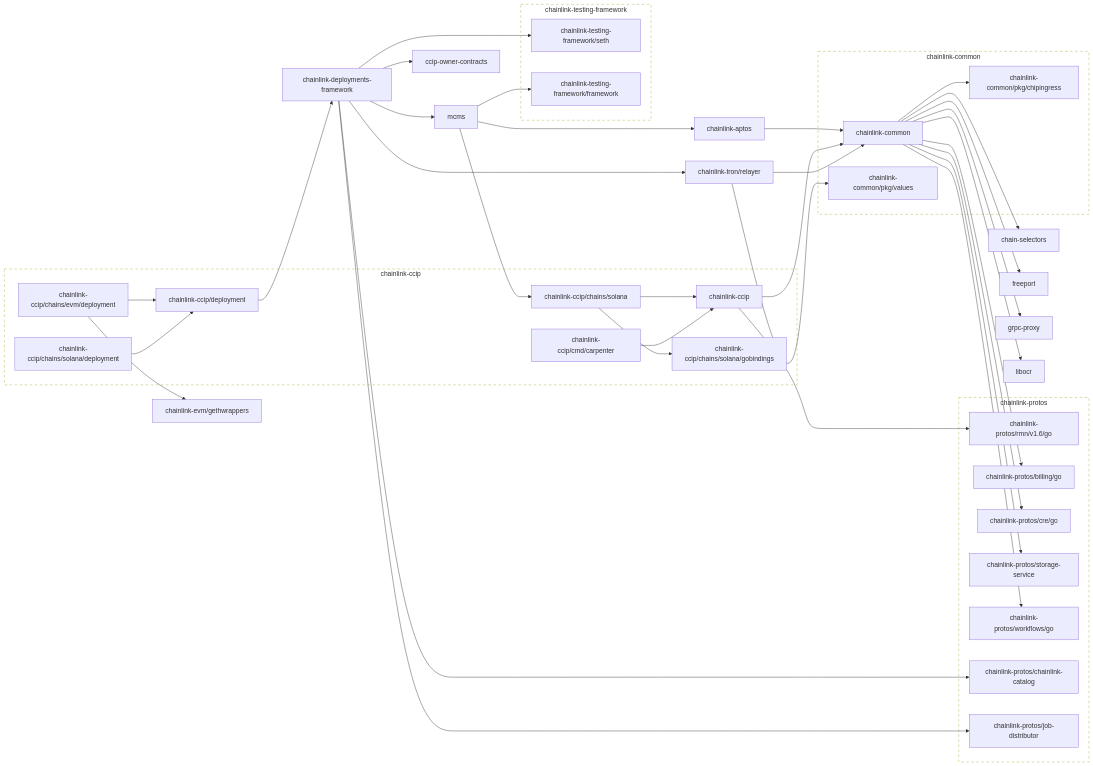
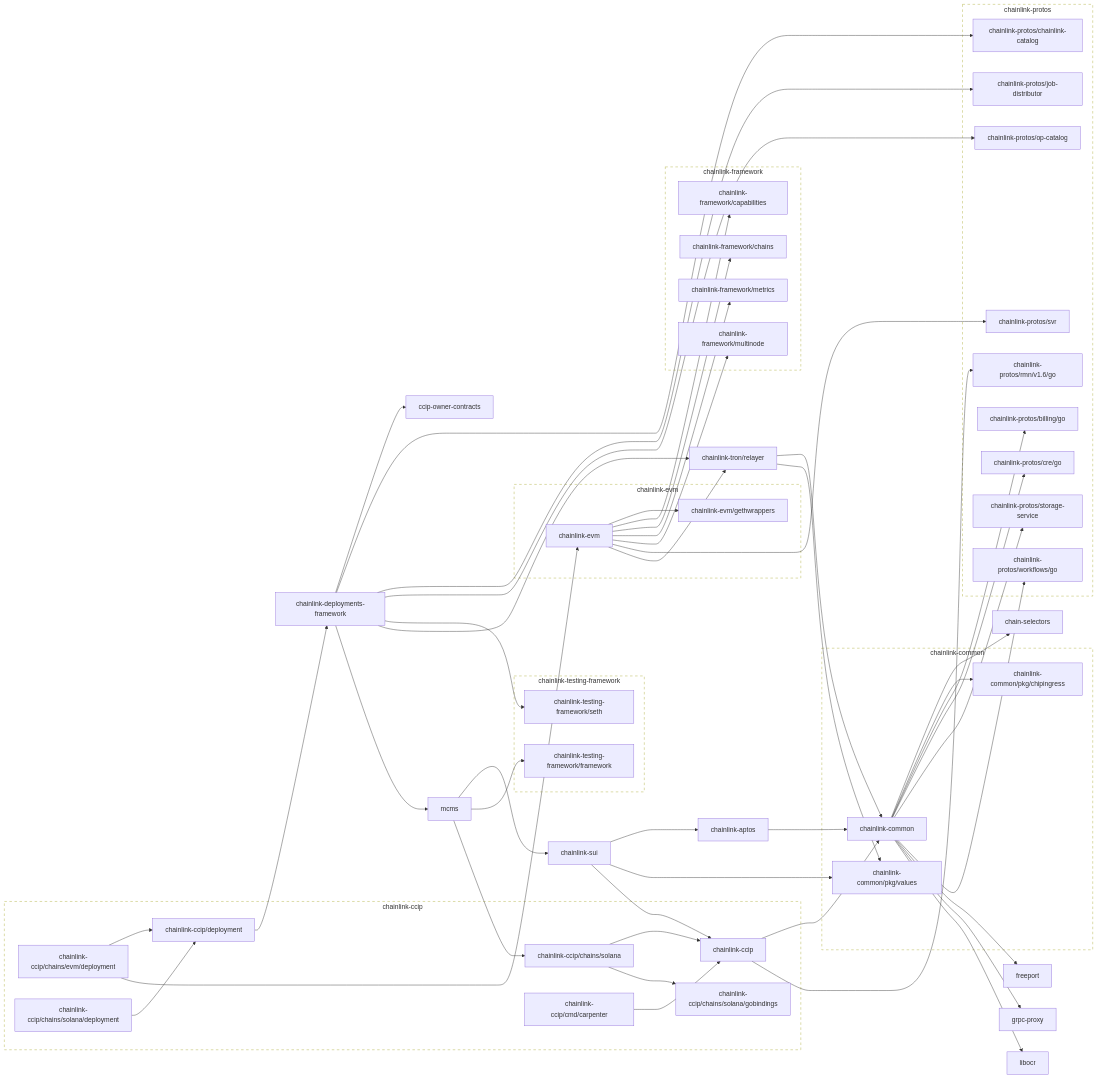
The second of 2 diagrams in go.md (smartcontractkit/chainlink-ccip), drawn with Mermaid before and after one commit. The commit also changed 1 other file, not shown here.

````diff
--- a/go.md
+++ b/go.md
@@ -69,7 +69,7 @@
 	chainlink-ccip --> chainlink-protos/rmn/v1.6/go
 	click chainlink-ccip href "https://github.com/smartcontractkit/chainlink-ccip"
 	chainlink-ccip/chains/evm/deployment --> chainlink-ccip/deployment
-	chainlink-ccip/chains/evm/deployment --> chainlink-evm/gethwrappers
+	chainlink-ccip/chains/evm/deployment --> chainlink-evm
 	click chainlink-ccip/chains/evm/deployment href "https://github.com/smartcontractkit/chainlink-ccip"
 	chainlink-ccip/chains/solana --> chainlink-ccip
 	chainlink-ccip/chains/solana --> chainlink-ccip/chains/solana/gobindings
@@ -99,12 +99,29 @@
 	chainlink-deployments-framework --> ccip-owner-contracts
 	chainlink-deployments-framework --> chainlink-protos/chainlink-catalog
 	chainlink-deployments-framework --> chainlink-protos/job-distributor
+	chainlink-deployments-framework --> chainlink-protos/op-catalog
 	chainlink-deployments-framework --> chainlink-testing-framework/seth
 	chainlink-deployments-framework --> chainlink-tron/relayer
 	chainlink-deployments-framework --> mcms
 	click chainlink-deployments-framework href "https://github.com/smartcontractkit/chainlink-deployments-framework"
+	chainlink-evm --> chainlink-evm/gethwrappers
+	chainlink-evm --> chainlink-framework/capabilities
+	chainlink-evm --> chainlink-framework/chains
+	chainlink-evm --> chainlink-framework/metrics
+	chainlink-evm --> chainlink-framework/multinode
+	chainlink-evm --> chainlink-protos/svr
+	chainlink-evm --> chainlink-tron/relayer
+	click chainlink-evm href "https://github.com/smartcontractkit/chainlink-evm"
 	chainlink-evm/gethwrappers
 	click chainlink-evm/gethwrappers href "https://github.com/smartcontractkit/chainlink-evm"
+	chainlink-framework/capabilities
+	click chainlink-framework/capabilities href "https://github.com/smartcontractkit/chainlink-framework"
+	chainlink-framework/chains
+	click chainlink-framework/chains href "https://github.com/smartcontractkit/chainlink-framework"
+	chainlink-framework/metrics
+	click chainlink-framework/metrics href "https://github.com/smartcontractkit/chainlink-framework"
+	chainlink-framework/multinode
+	click chainlink-framework/multinode href "https://github.com/smartcontractkit/chainlink-framework"
 	chainlink-protos/billing/go
 	click chainlink-protos/billing/go href "https://github.com/smartcontractkit/chainlink-protos"
 	chainlink-protos/chainlink-catalog
@@ -113,12 +130,20 @@
 	click chainlink-protos/cre/go href "https://github.com/smartcontractkit/chainlink-protos"
 	chainlink-protos/job-distributor
 	click chainlink-protos/job-distributor href "https://github.com/smartcontractkit/chainlink-protos"
+	chainlink-protos/op-catalog
+	click chainlink-protos/op-catalog href "https://github.com/smartcontractkit/chainlink-protos"
 	chainlink-protos/rmn/v1.6/go
 	click chainlink-protos/rmn/v1.6/go href "https://github.com/smartcontractkit/chainlink-protos"
 	chainlink-protos/storage-service
 	click chainlink-protos/storage-service href "https://github.com/smartcontractkit/chainlink-protos"
+	chainlink-protos/svr
+	click chainlink-protos/svr href "https://github.com/smartcontractkit/chainlink-protos"
 	chainlink-protos/workflows/go
 	click chainlink-protos/workflows/go href "https://github.com/smartcontractkit/chainlink-protos"
+	chainlink-sui --> chainlink-aptos
+	chainlink-sui --> chainlink-ccip
+	chainlink-sui --> chainlink-common/pkg/values
+	click chainlink-sui href "https://github.com/smartcontractkit/chainlink-sui"
 	chainlink-testing-framework/framework
 	click chainlink-testing-framework/framework href "https://github.com/smartcontractkit/chainlink-testing-framework"
 	chainlink-testing-framework/seth
@@ -132,8 +157,8 @@
 	click grpc-proxy href "https://github.com/smartcontractkit/grpc-proxy"
 	libocr
 	click libocr href "https://github.com/smartcontractkit/libocr"
-	mcms --> chainlink-aptos
 	mcms --> chainlink-ccip/chains/solana
+	mcms --> chainlink-sui
 	mcms --> chainlink-testing-framework/framework
 	click mcms href "https://github.com/smartcontractkit/mcms"
 
@@ -155,13 +180,29 @@
 	end
 	click chainlink-common-repo href "https://github.com/smartcontractkit/chainlink-common"
 
+	subgraph chainlink-evm-repo[chainlink-evm]
+		 chainlink-evm
+		 chainlink-evm/gethwrappers
+	end
+	click chainlink-evm-repo href "https://github.com/smartcontractkit/chainlink-evm"
+
+	subgraph chainlink-framework-repo[chainlink-framework]
+		 chainlink-framework/capabilities
+		 chainlink-framework/chains
+		 chainlink-framework/metrics
+		 chainlink-framework/multinode
+	end
+	click chainlink-framework-repo href "https://github.com/smartcontractkit/chainlink-framework"
+
 	subgraph chainlink-protos-repo[chainlink-protos]
 		 chainlink-protos/billing/go
 		 chainlink-protos/chainlink-catalog
 		 chainlink-protos/cre/go
 		 chainlink-protos/job-distributor
+		 chainlink-protos/op-catalog
 		 chainlink-protos/rmn/v1.6/go
 		 chainlink-protos/storage-service
+		 chainlink-protos/svr
 		 chainlink-protos/workflows/go
 	end
 	click chainlink-protos-repo href "https://github.com/smartcontractkit/chainlink-protos"
@@ -173,5 +214,5 @@
 	click chainlink-testing-framework-repo href "https://github.com/smartcontractkit/chainlink-testing-framework"
 
 	classDef outline stroke-dasharray:6,fill:none;
-	class chainlink-ccip-repo,chainlink-common-repo,chainlink-protos-repo,chainlink-testing-framework-repo outline
+	class chainlink-ccip-repo,chainlink-common-repo,chainlink-evm-repo,chainlink-framework-repo,chainlink-protos-repo,chainlink-testing-framework-repo outline
 ```
````
